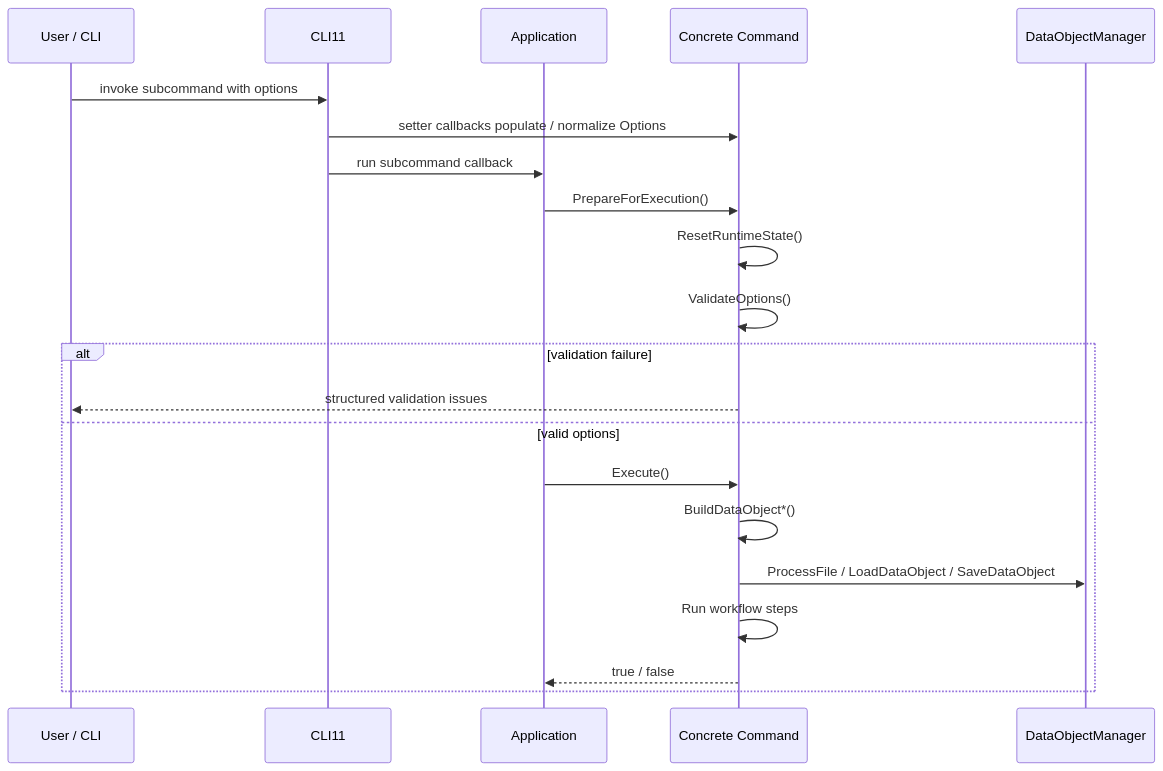
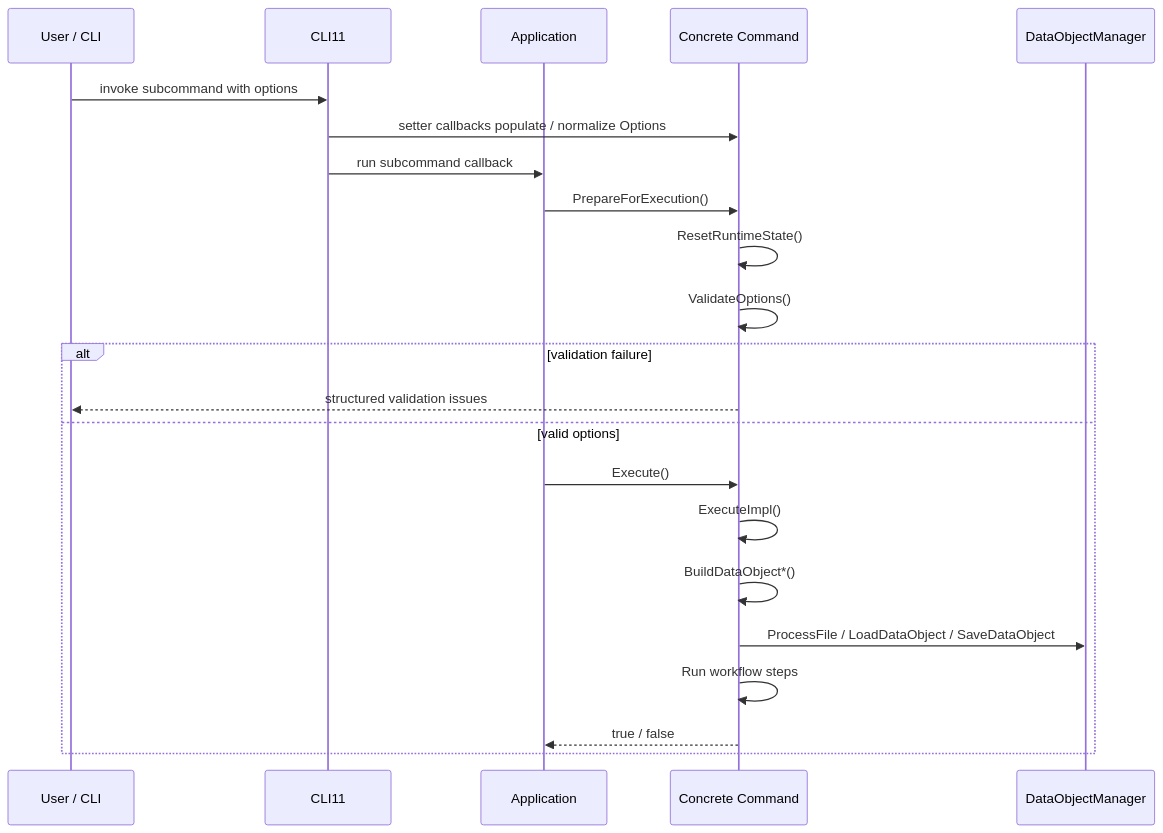
Before and after one commit to yslianTim/rhbm_gem: the second of 2 diagrams in docs/developer/architecture/command-architecture.md, drawn with Mermaid. The commit also changed other lines of this file and 33 other files, not shown here.

````diff
--- a/docs/developer/architecture/command-architecture.md
+++ b/docs/developer/architecture/command-architecture.md
@@ -143,24 +147,25 @@
 ```mermaid
 sequenceDiagram
     participant User as User / CLI
     participant CLI as CLI11
     participant App as Application
     participant Cmd as Concrete Command
     participant DM as DataObjectManager
 
     User->>CLI: invoke subcommand with options
     CLI->>Cmd: setter callbacks populate / normalize Options
     CLI->>App: run subcommand callback
     App->>Cmd: PrepareForExecution()
     Cmd->>Cmd: ResetRuntimeState()
     Cmd->>Cmd: ValidateOptions()
     alt validation failure
         Cmd-->>User: structured validation issues
     else valid options
         App->>Cmd: Execute()
+        Cmd->>Cmd: ExecuteImpl()
         Cmd->>Cmd: BuildDataObject*()
         Cmd->>DM: ProcessFile / LoadDataObject / SaveDataObject
         Cmd->>Cmd: Run workflow steps
         Cmd-->>App: true / false
     end
 ```
````
